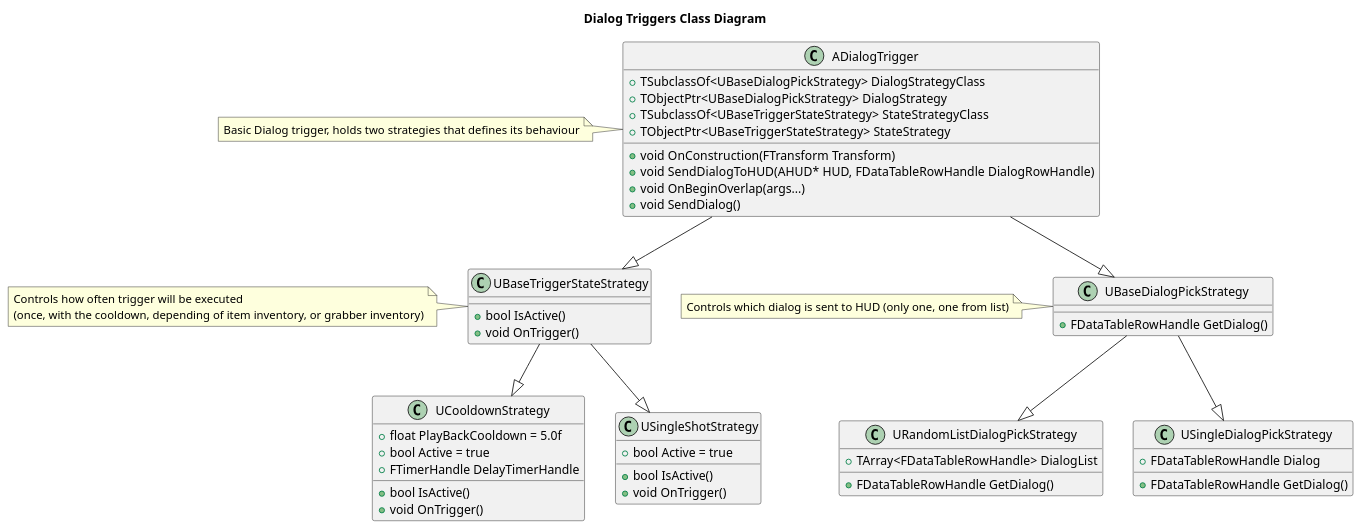
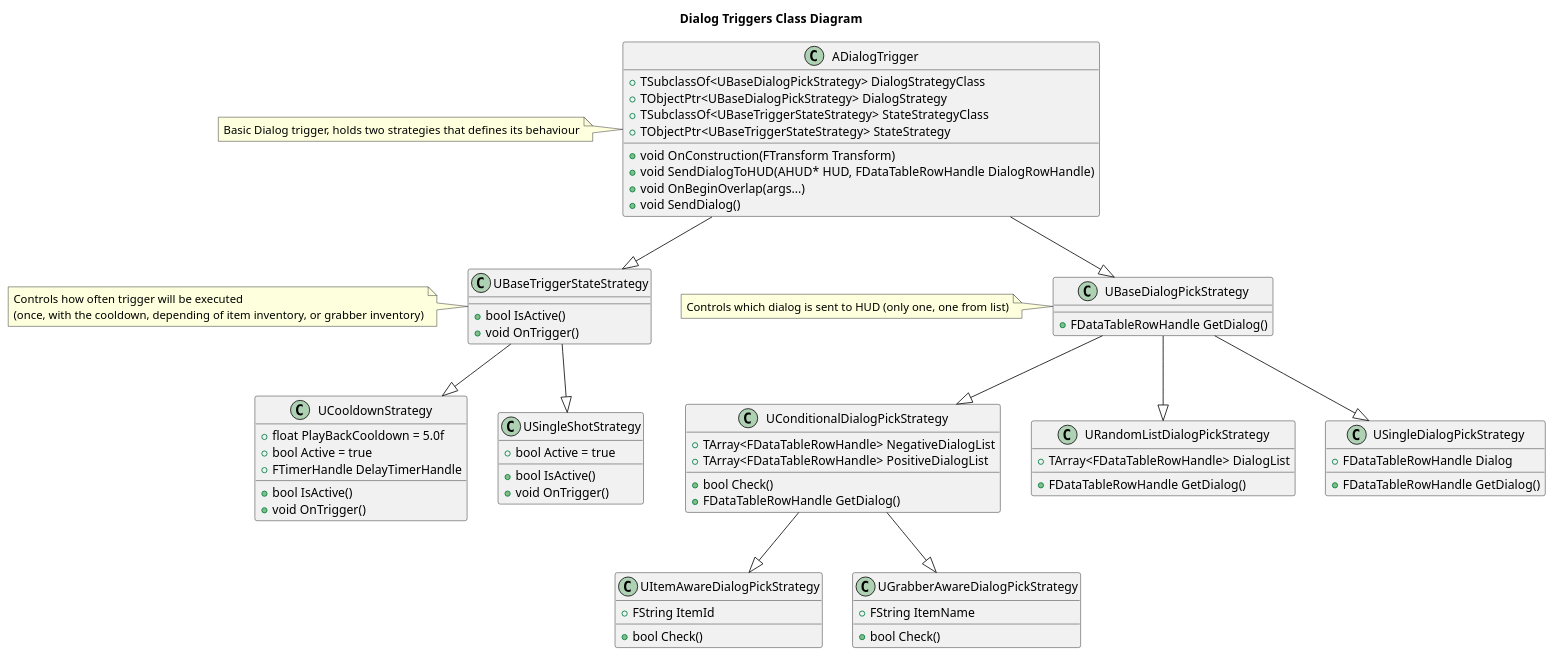
One commit to Indian-games-Inc/Solaris changed the diagram in Source/CryptRaider/Doc/DialogTrigger.puml. Above: the diagram before and after it, drawn with PlantUML. The commit also changed 13 other files, not shown here.

Commit message:
[item-aware-triggers] Implemented Inventory and Grabber aware Strategies

```diff
--- a/Source/CryptRaider/Doc/DialogTrigger.puml
+++ b/Source/CryptRaider/Doc/DialogTrigger.puml
@@ -1,72 +1,93 @@
 @startuml
 
 title Dialog Triggers Class Diagram
 
 class ADialogTrigger {
   +void OnConstruction(FTransform Transform)
   +void SendDialogToHUD(AHUD* HUD, FDataTableRowHandle DialogRowHandle)
   +void OnBeginOverlap(args...)
   +void SendDialog()
   +TSubclassOf<UBaseDialogPickStrategy> DialogStrategyClass
   +TObjectPtr<UBaseDialogPickStrategy> DialogStrategy
   +TSubclassOf<UBaseTriggerStateStrategy> StateStrategyClass
   +TObjectPtr<UBaseTriggerStateStrategy> StateStrategy
 }
 
 class UBaseTriggerStateStrategy {
   +bool IsActive()
   +void OnTrigger()
 }
 
 class UBaseDialogPickStrategy {
   +FDataTableRowHandle GetDialog()
+}
+
+class UConditionalDialogPickStrategy {
+  +bool Check()
+  +FDataTableRowHandle GetDialog()
+  +TArray<FDataTableRowHandle> NegativeDialogList
+  +TArray<FDataTableRowHandle> PositiveDialogList
+}
+
+class UItemAwareDialogPickStrategy {
+  +bool Check()
+  +FString ItemId
+}
+
+class UGrabberAwareDialogPickStrategy {
+  +bool Check()
+  +FString ItemName
 }
 
 class URandomListDialogPickStrategy {
   +FDataTableRowHandle GetDialog()
   +TArray<FDataTableRowHandle> DialogList
 }
 
 class USingleDialogPickStrategy {
   +FDataTableRowHandle GetDialog()
   +FDataTableRowHandle Dialog
 }
 
 class UCooldownStrategy {
   +bool IsActive()
   +void OnTrigger()
   +float PlayBackCooldown = 5.0f
   +bool Active = true
   +FTimerHandle DelayTimerHandle
 }
 
 class USingleShotStrategy {
   +bool IsActive()
   +void OnTrigger()
   +bool Active = true
 }
 
 ADialogTrigger --|> UBaseTriggerStateStrategy
 ADialogTrigger --|> UBaseDialogPickStrategy
 
 UBaseTriggerStateStrategy --|> UCooldownStrategy
 UBaseTriggerStateStrategy --|> USingleShotStrategy
 
 UBaseDialogPickStrategy --|> USingleDialogPickStrategy
 UBaseDialogPickStrategy --|> URandomListDialogPickStrategy
 
+UBaseDialogPickStrategy --|> UConditionalDialogPickStrategy
+
+UConditionalDialogPickStrategy --|> UItemAwareDialogPickStrategy
+UConditionalDialogPickStrategy --|> UGrabberAwareDialogPickStrategy
 
 note left of ADialogTrigger
 Basic Dialog trigger, holds two strategies that defines its behaviour
 end note
 
 note left of UBaseTriggerStateStrategy
 Controls how often trigger will be executed 
 (once, with the cooldown, depending of item inventory, or grabber inventory)
 end note
 
 note left of UBaseDialogPickStrategy
 Controls which dialog is sent to HUD (only one, one from list)
 end note
 
 @enduml
```
